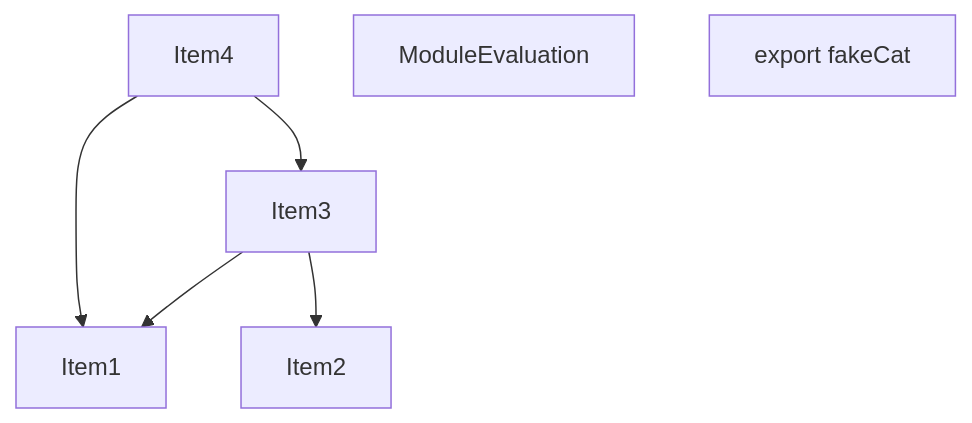
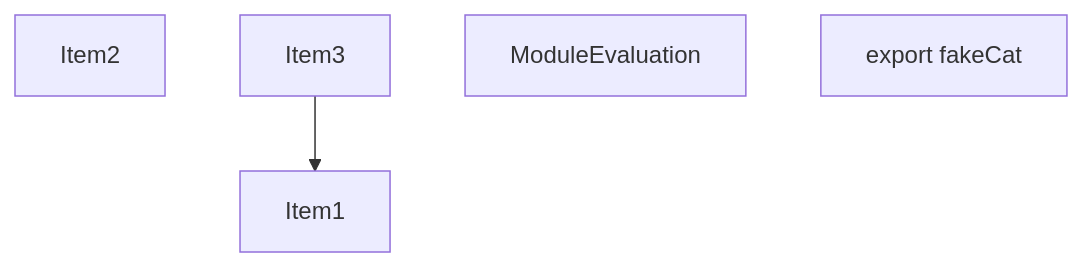
Before and after one commit to vercel/turborepo: the second of 5 diagrams in crates/turbopack-ecmascript/tests/tree-shaker/analyzer/export-named/output.md, drawn with Mermaid. The commit also changed other lines of this file, not shown here.

````diff
--- a/crates/turbopack-ecmascript/tests/tree-shaker/analyzer/export-named/output.md
+++ b/crates/turbopack-ecmascript/tests/tree-shaker/analyzer/export-named/output.md
@@ -58,15 +47,11 @@
 ```mermaid
 graph TD
     Item1;
     Item2;
     Item3;
     Item4;
+    Item4["ModuleEvaluation"];
     Item5;
-    Item5["ModuleEvaluation"];
-    Item6;
-    Item6["export fakeCat"];
-    Item3 --> Item2;
+    Item5["export fakeCat"];
     Item3 --> Item1;
-    Item4 --> Item1;
-    Item4 --> Item3;
 ```
````
